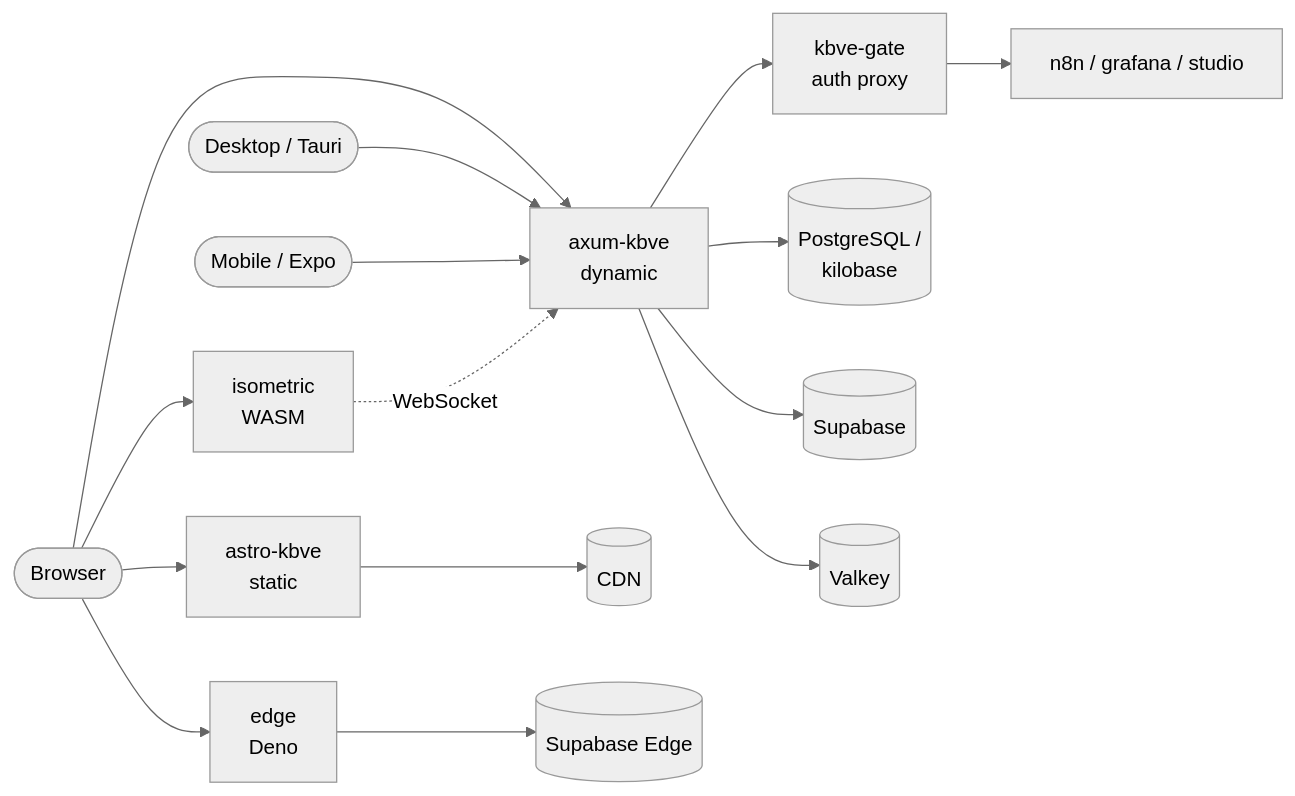
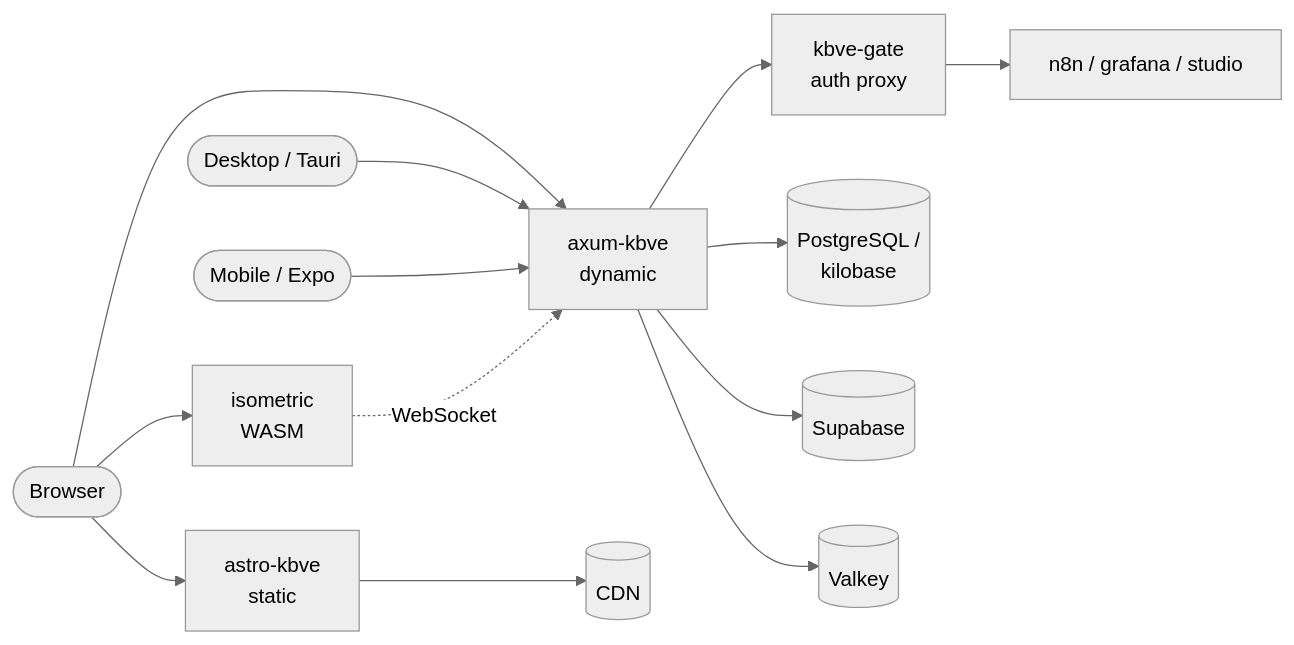
One commit to KBVE/kbve changed the diagram in apps/kbve/README.md. Above: the diagram before and after it, drawn with Mermaid (neutral theme). The commit also changed other lines of this file and 184 other files, not shown here.

First line of the commit message:
refactor(edge): move edge functions to services/functions/deno (#16690)

````diff
--- a/apps/kbve/README.md
+++ b/apps/kbve/README.md
@@ -53,23 +47,21 @@
 ```mermaid
 flowchart LR
     Browser([Browser])
     Desktop([Desktop / Tauri])
     Mobile([Mobile / Expo])
 
     Browser --> Astro[astro-kbve<br/>static]
     Browser --> Axum[axum-kbve<br/>dynamic]
-    Browser --> Edge[edge<br/>Deno]
     Browser --> Iso[isometric<br/>WASM]
     Desktop --> Axum
     Mobile --> Axum
 
     Astro --> CDN[(CDN)]
     Axum --> Gate[kbve-gate<br/>auth proxy]
     Axum --> PG[(PostgreSQL /<br/>kilobase)]
     Axum --> Supa[(Supabase)]
     Axum --> Redis[(Valkey)]
-    Edge --> SupaEdge[(Supabase Edge)]
     Iso -.WebSocket.-> Axum
 
     Gate --> N8N[n8n / grafana / studio]
 ```
````
